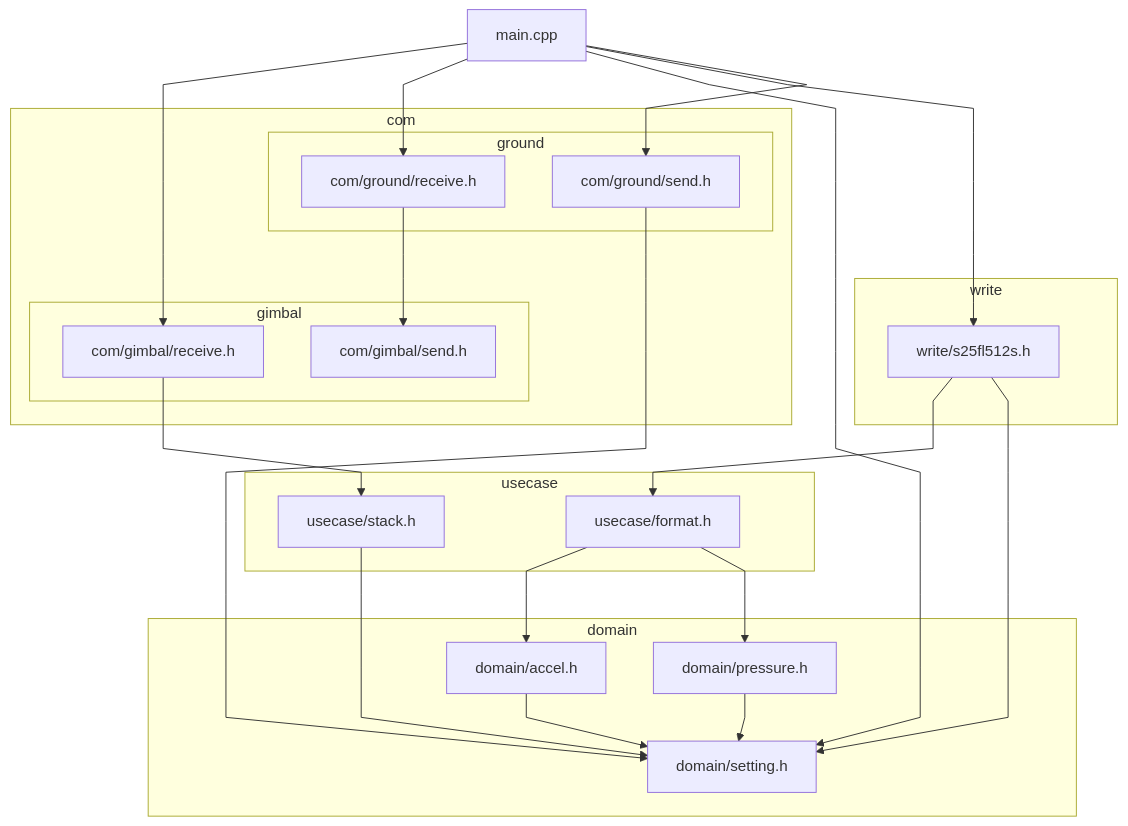
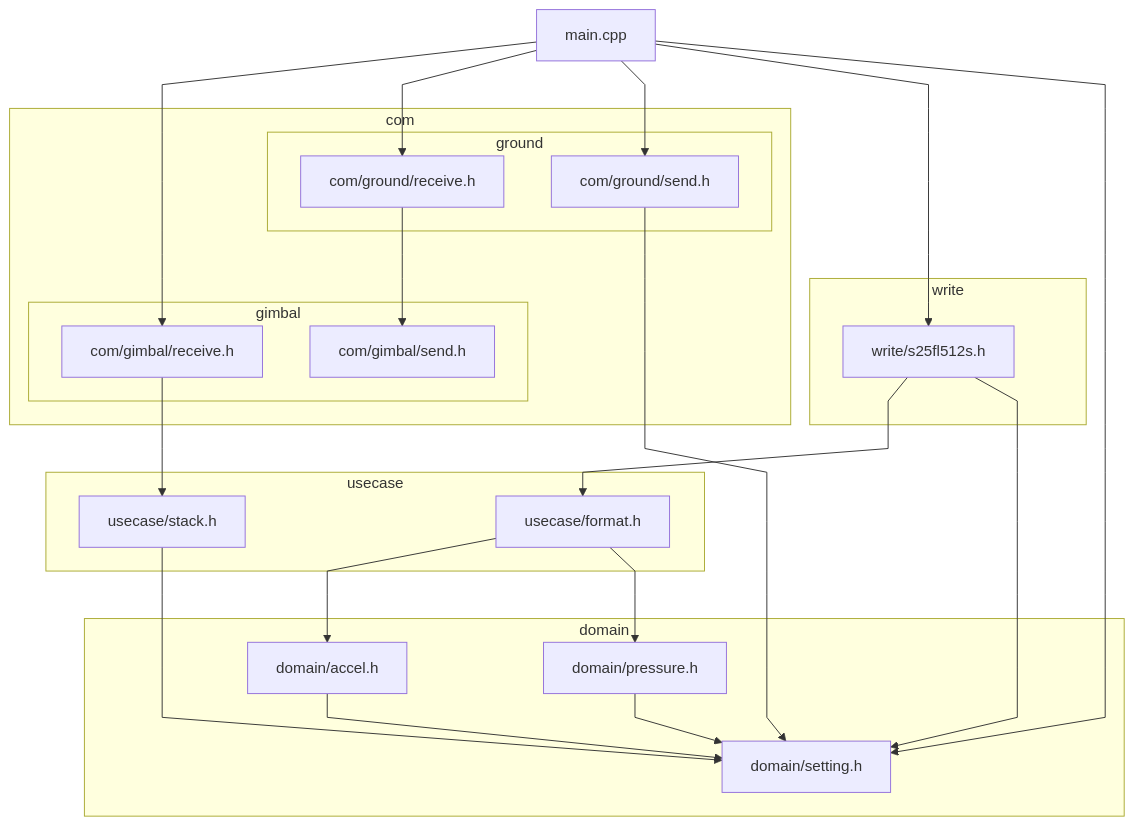
One commit to CREATE-ROCKET/Avi_73J_RtdBoard changed the fourth of 4 diagrams in README.md. Above: the diagram before and after it, drawn with Mermaid. The commit also changed other lines of this file, not shown here.

````diff
--- a/README.md
+++ b/README.md
@@ -120,42 +120,42 @@
 ```mermaid
 %%{ init: { 'flowchart': { 'curve': 'linear' } } }%%
 
 graph TD
     subgraph domain
         A
         C
         D
     end
     subgraph usecase
         B
         K
     end
     subgraph write
         E
     end
     subgraph com
         subgraph ground
             F
             I
         end
         subgraph gimbal
             G
             H
         end
     end
     B[usecase/format.h] --> A[domain/accel.h]
     B[usecase/format.h] --> C[domain/pressure.h]
     C --> D[domain/setting.h]
     A --> D
     E[write/s25fl512s.h] --> B
     E[write/s25fl512s.h] --> D
     F[com/ground/send.h] --> D
     I[com/ground/receive.h] --> G[com/gimbal/send.h]
     H[com/gimbal/receive.h] --> K[usecase/stack.h]
     J[main.cpp] --> H
     J[main.cpp] --> I
+    J[main.cpp] --> F
+    J[main.cpp] --> E
     J[main.cpp] --> D
-    J[main.cpp] --> E
-    J[main.cpp] --> F
     K[usecase/stack.h] --> D    
 ```
````
